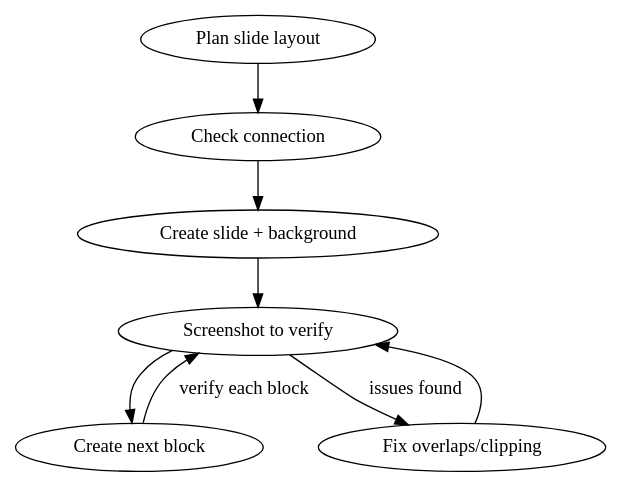
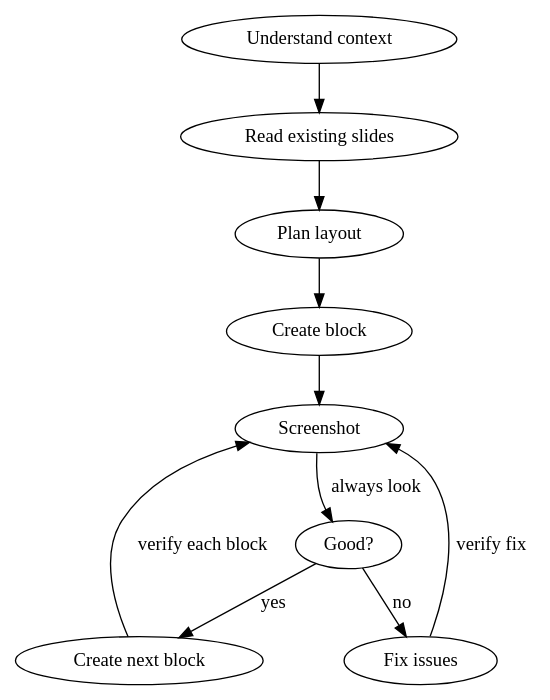
The first of 2 diagrams in skills/figma-slides-mcp/SKILL.md (luan007/figma-slides-mcp), drawn with Graphviz before and after one commit. The commit also changed other lines of this file, not shown here.

First line of the commit message:
docs: reinforce look-then-act-then-look workflow in skill

````diff
--- a/skills/figma-slides-mcp/SKILL.md
+++ b/skills/figma-slides-mcp/SKILL.md
@@ -28,11 +30,13 @@
 ```dot
 digraph slide_workflow {
-  "Plan slide layout" -> "Check connection";
-  "Check connection" -> "Create slide + background";
-  "Create slide + background" -> "Screenshot to verify";
-  "Screenshot to verify" -> "Create next block";
-  "Create next block" -> "Screenshot to verify" [label="verify each block"];
-  "Screenshot to verify" -> "Fix overlaps/clipping" [label="issues found"];
-  "Fix overlaps/clipping" -> "Screenshot to verify";
+  "Understand context" -> "Read existing slides";
+  "Read existing slides" -> "Plan layout";
+  "Plan layout" -> "Create block";
+  "Create block" -> "Screenshot";
+  "Screenshot" -> "Good?" [label="always look"];
+  "Good?" -> "Create next block" [label="yes"];
+  "Good?" -> "Fix issues" [label="no"];
+  "Fix issues" -> "Screenshot" [label="verify fix"];
+  "Create next block" -> "Screenshot" [label="verify each block"];
 }
 ```
````
